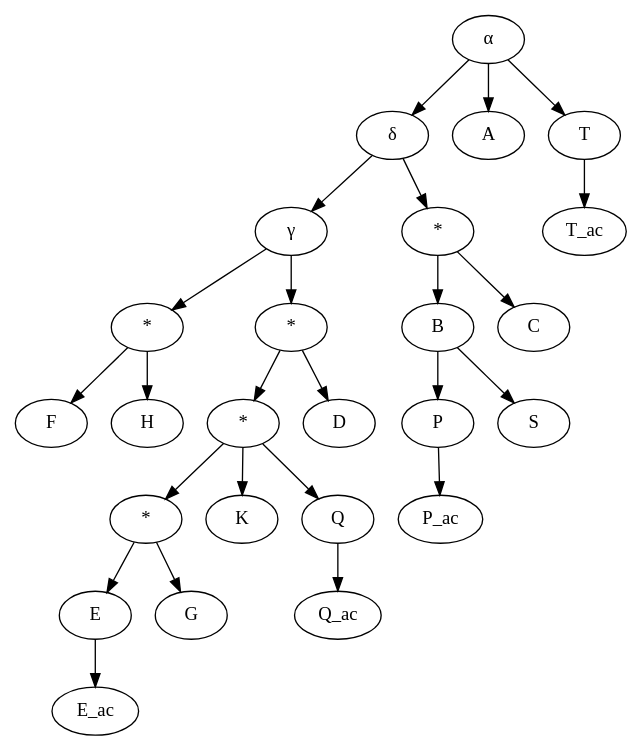
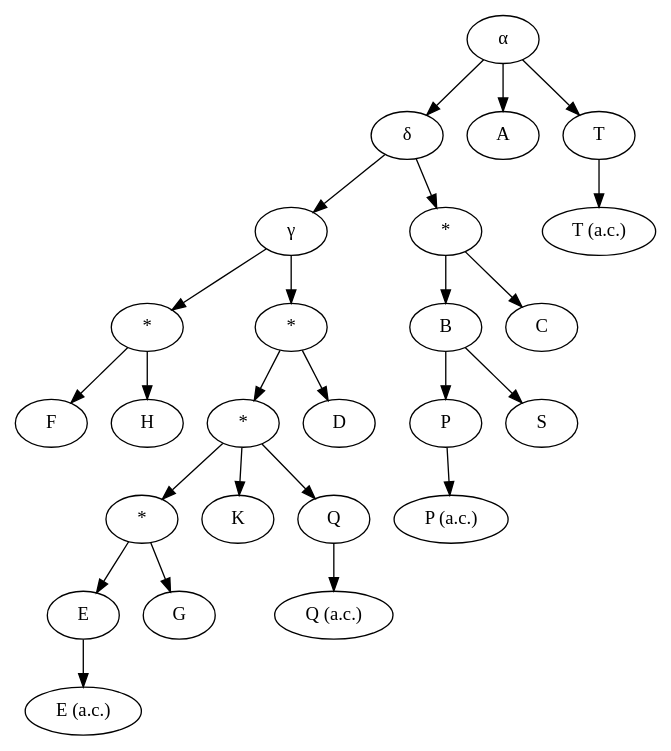
The diagram in t/data/florilegium.dot (tla/stemmatology), drawn with Graphviz before and after one commit. The commit also changed 1 other file, not shown here.

```diff
--- a/t/data/florilegium.dot
+++ b/t/data/florilegium.dot
@@ -1,51 +1,51 @@
 digraph Stemma {
     "α" [ class=hypothetical ];
     "γ" [ class=hypothetical ];
     "δ" [ class=hypothetical ];
     2 [ class=hypothetical,label="*" ];
     3 [ class=hypothetical,label="*" ];
     4 [ class=hypothetical,label="*" ];
     5 [ class=hypothetical,label="*" ];
     7 [ class=hypothetical,label="*" ];
     A [ class=extant ];
     B [ class=extant ];
     C [ class=extant ];
     D [ class=extant ];
     E [ class=extant ];
-    E_ac [ class=extant ];
+    "E (a.c.)" [ class=extant ];
     F [ class=extant ];
     G [ class=extant ];
     H [ class=extant ];
     K [ class=extant ];
     P [ class=extant ];
-    P_ac [ class=extant ];
+    "P (a.c.)" [ class=extant ];
     Q [ class=extant ];
-    Q_ac [ class=extant ];
+    "Q (a.c.)" [ class=extant ];
     S [ class=extant ];
     T [ class=extant ];
-    T_ac [ class=extant ];
+    "T (a.c.)" [ class=extant ];
     "α" -> A;
     "α" -> T;
-    T -> T_ac;
+    T -> "T (a.c.)";
     "α" -> "δ";
     "δ" -> 2;
     2 -> C;
     2 -> B;
     B -> P;
-    P -> P_ac;
+    P -> "P (a.c.)";
     B -> S;
     "δ" -> "γ";
     "γ" -> 3;
     3 -> F;
     3 -> H;
     "γ" -> 4;
     4 -> D;
     4 -> 5;
     5 -> Q;
-    Q -> Q_ac;
+    Q -> "Q (a.c.)";
     5 -> K;
     5 -> 7;
     7 -> E;
-    E -> E_ac;
+    E -> "E (a.c.)";
     7 -> G;
 }
```
